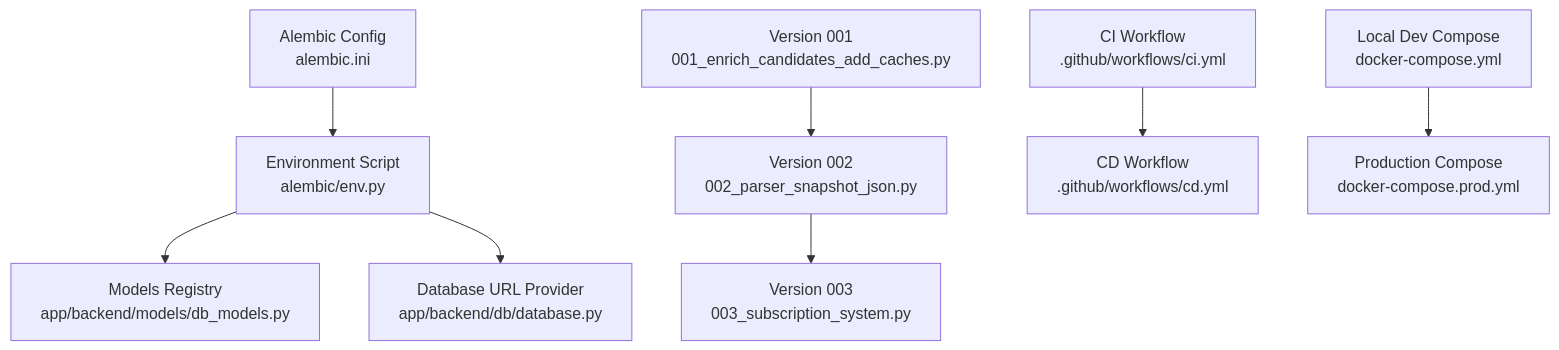
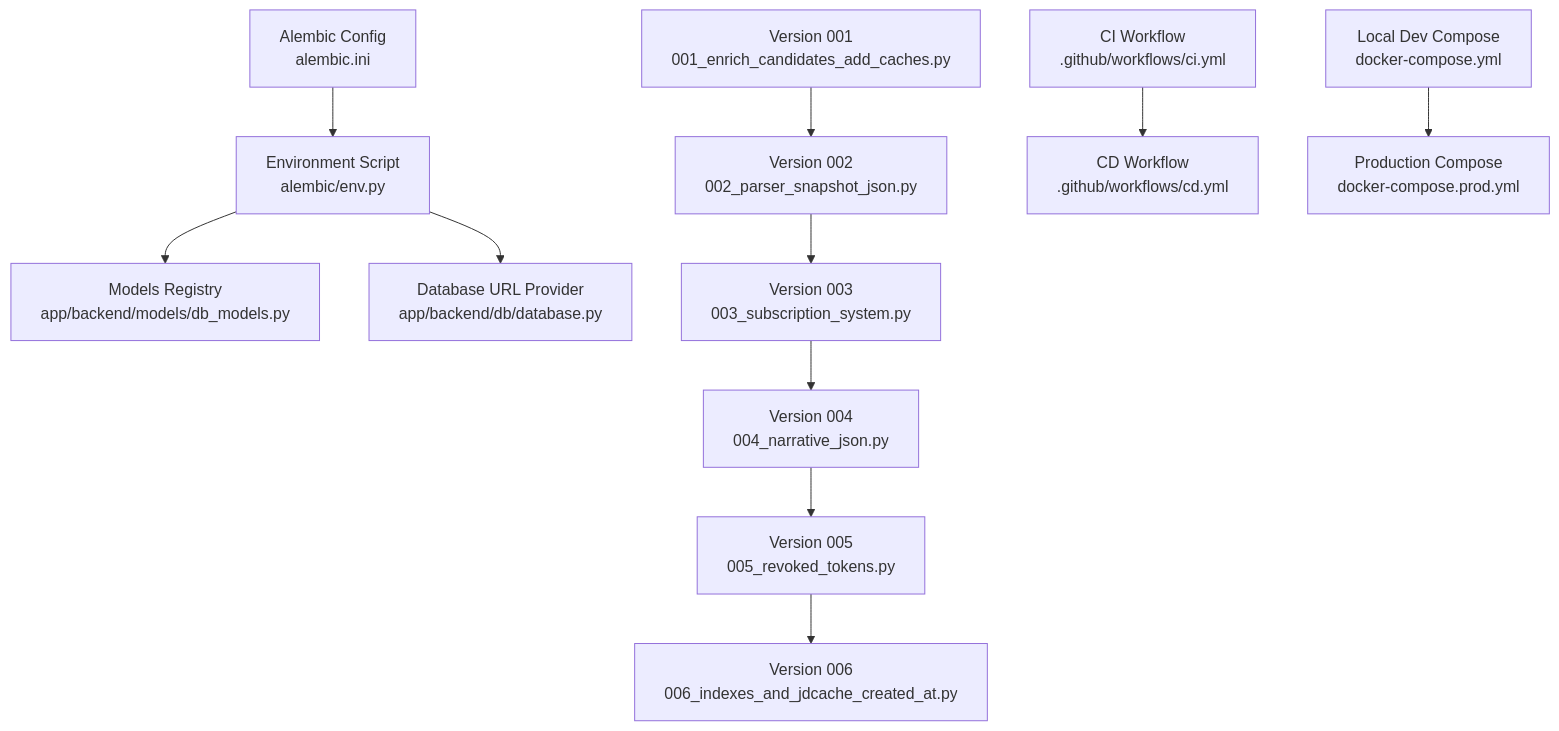
Before and after one commit to Revanththetalogics/aireume: the first of 9 diagrams in .qoder/repowiki/en/content/Database Design/Migration Management.md, drawn with Mermaid. The commit also changed other lines of this file and 33 other files, not shown here.

````diff
--- a/.qoder/repowiki/en/content/Database Design/Migration Management.md
+++ b/.qoder/repowiki/en/content/Database Design/Migration Management.md
@@ -36,10 +48,13 @@
 ```mermaid
 graph TB
 A["Alembic Config<br/>alembic.ini"] --> B["Environment Script<br/>alembic/env.py"]
 B --> C["Models Registry<br/>app/backend/models/db_models.py"]
 B --> D["Database URL Provider<br/>app/backend/db/database.py"]
 E["Version 001<br/>001_enrich_candidates_add_caches.py"] --> F["Version 002<br/>002_parser_snapshot_json.py"]
 F --> G["Version 003<br/>003_subscription_system.py"]
-H["CI Workflow<br/>.github/workflows/ci.yml"] --> I["CD Workflow<br/>.github/workflows/cd.yml"]
-J["Local Dev Compose<br/>docker-compose.yml"] --> K["Production Compose<br/>docker-compose.prod.yml"]
+G --> H["Version 004<br/>004_narrative_json.py"]
+H --> I["Version 005<br/>005_revoked_tokens.py"]
+I --> J["Version 006<br/>006_indexes_and_jdcache_created_at.py"]
+K["CI Workflow<br/>.github/workflows/ci.yml"] --> L["CD Workflow<br/>.github/workflows/cd.yml"]
+M["Local Dev Compose<br/>docker-compose.yml"] --> N["Production Compose<br/>docker-compose.prod.yml"]
 ```
````
